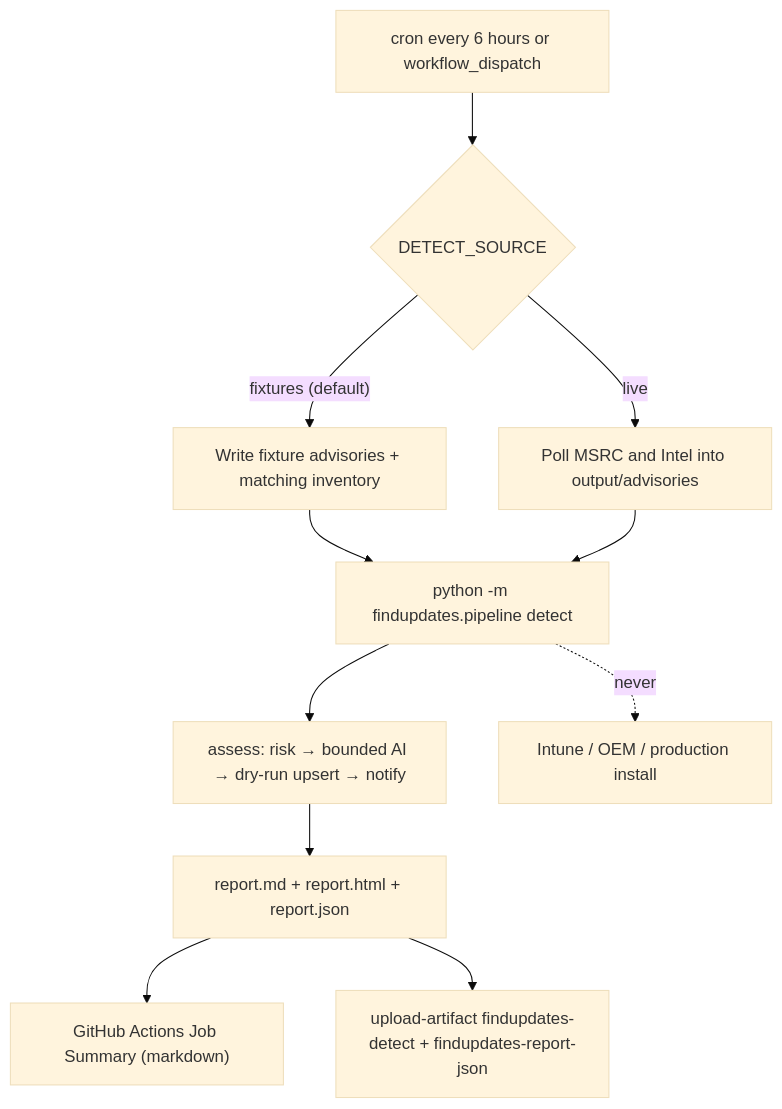
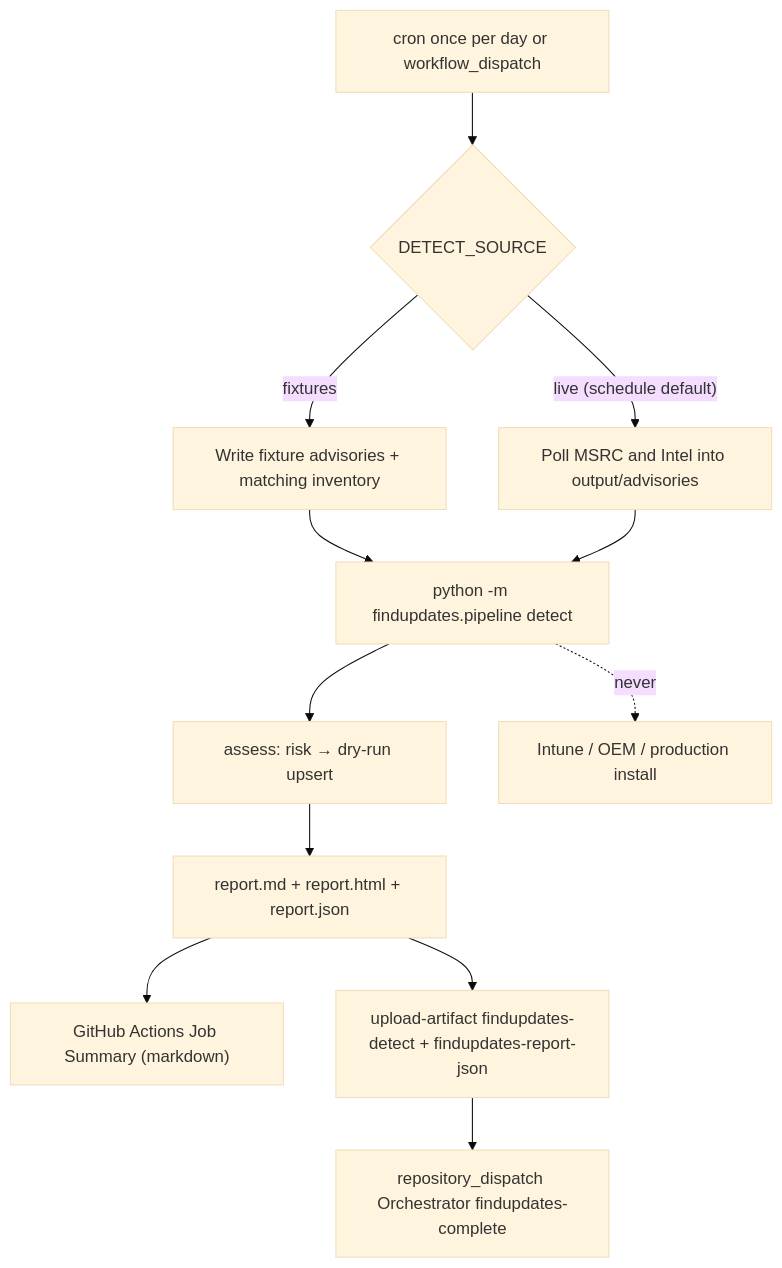
Before and after one commit to defrances/FindUpdates: the third of 3 diagrams in README.md, drawn with Mermaid (base theme). The commit also changed other lines of this file and 6 other files, not shown here.

Commit message:
Notify Orchestrator after daily live detect for #89.

````diff
--- a/README.md
+++ b/README.md
@@ -118,13 +121,14 @@
 ```mermaid
 flowchart TD
-  Trigger["cron every 6 hours or workflow_dispatch"] --> Source{"DETECT_SOURCE"}
-  Source -->|"fixtures (default)"| Fix["Write fixture advisories + matching inventory"]
-  Source -->|"live"| Poll["Poll MSRC and Intel into output/advisories"]
+  Trigger["cron once per day or workflow_dispatch"] --> Source{"DETECT_SOURCE"}
+  Source -->|"fixtures"| Fix["Write fixture advisories + matching inventory"]
+  Source -->|"live (schedule default)"| Poll["Poll MSRC and Intel into output/advisories"]
   Fix --> Detect["python -m findupdates.pipeline detect"]
   Poll --> Detect
-  Detect --> Assess["assess: risk → bounded AI → dry-run upsert → notify"]
+  Detect --> Assess["assess: risk → dry-run upsert"]
   Assess --> Report["report.md + report.html + report.json"]
   Report --> Summary["GitHub Actions Job Summary (markdown)"]
   Report --> Artifacts["upload-artifact findupdates-detect + findupdates-report-json"]
+  Artifacts --> Orch["repository_dispatch Orchestrator findupdates-complete"]
   Detect -.->|"never"| NoDeploy["Intune / OEM / production install"]
 ```
````
